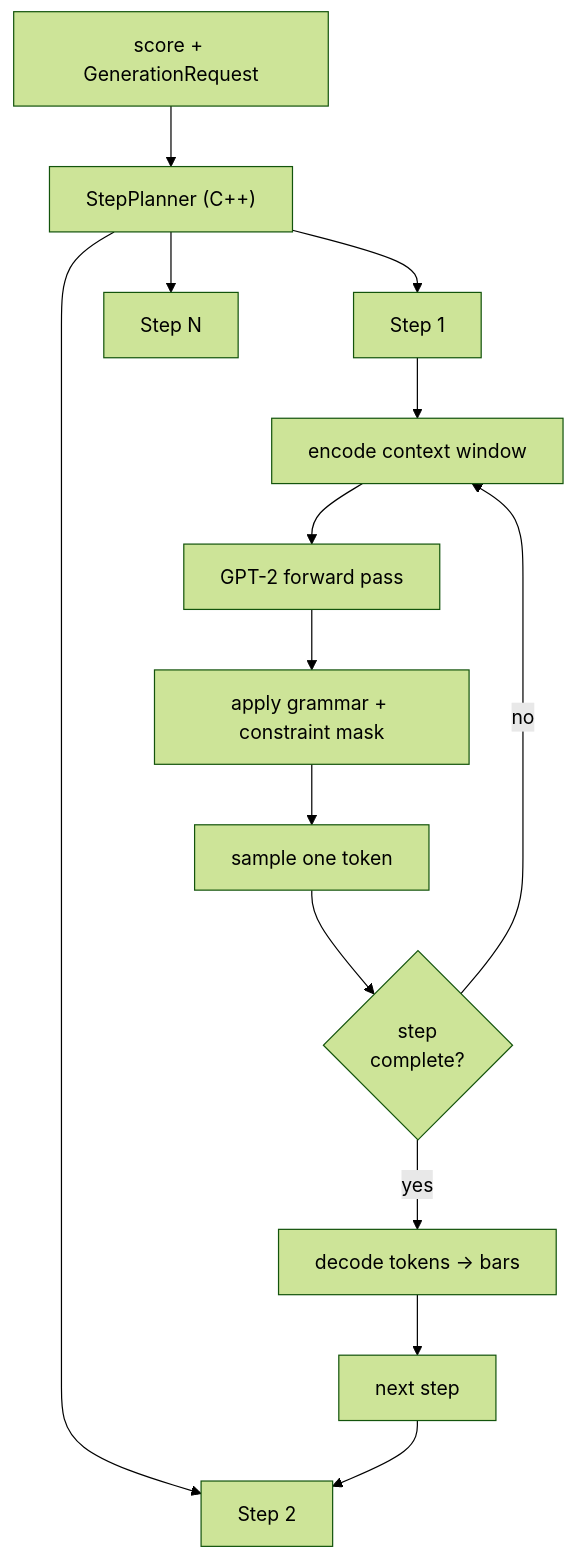
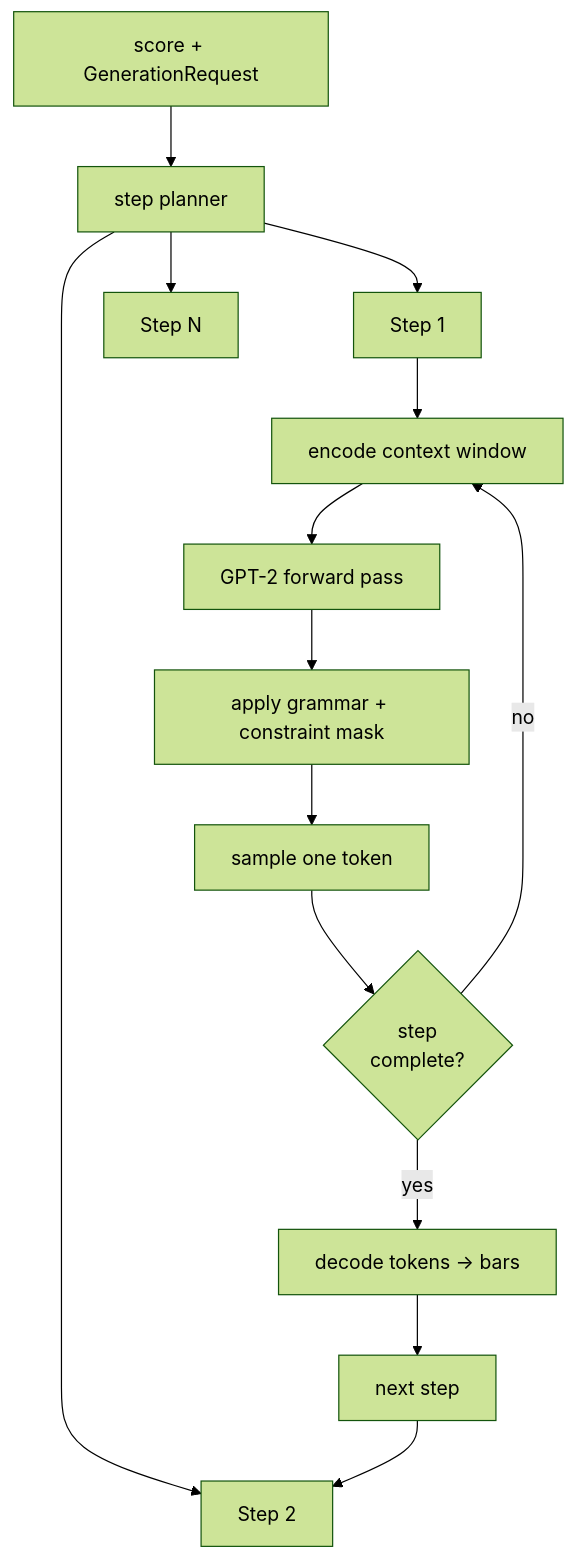
The diagram in docs/concepts.md (Metacreation-Lab/MIDI-GPT), drawn with Mermaid (forest theme) before and after one commit. The commit also changed other lines of this file and 12 other files, not shown here.

````diff
--- a/docs/concepts.md
+++ b/docs/concepts.md
@@ -15,16 +15,16 @@
 ```mermaid
 flowchart TD
-    A["score + GenerationRequest"] --> B["StepPlanner (C++)"]
+    A["score + GenerationRequest"] --> B["step planner"]
     B --> C["Step 1"]
     B --> D["Step 2"]
     B --> E["Step N"]
     C --> F["encode context window"]
     F --> G["GPT-2 forward pass"]
     G --> H["apply grammar + constraint mask"]
     H --> I["sample one token"]
     I --> J{"step\ncomplete?"}
     J -- no --> F
     J -- yes --> K["decode tokens → bars"]
     K --> L["next step"]
     L --> D
 ```
````
